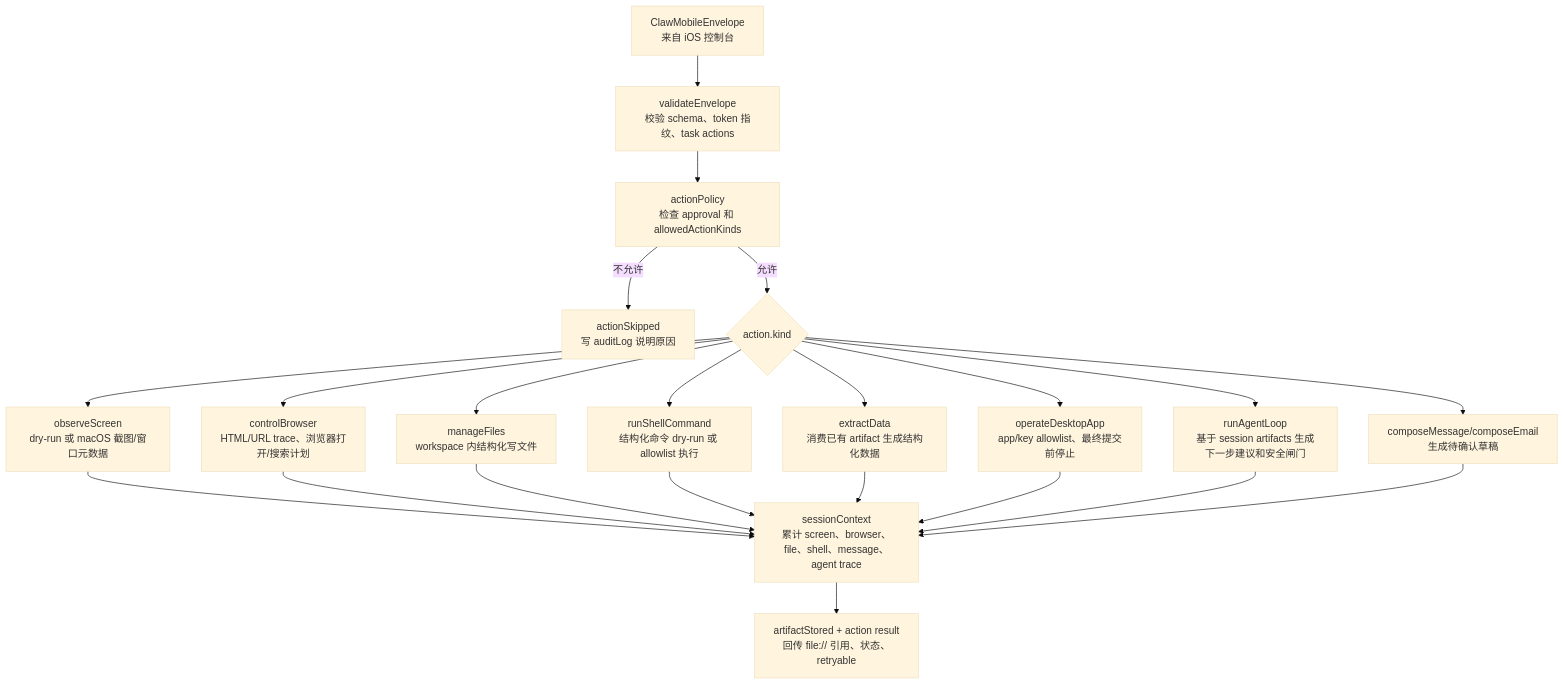
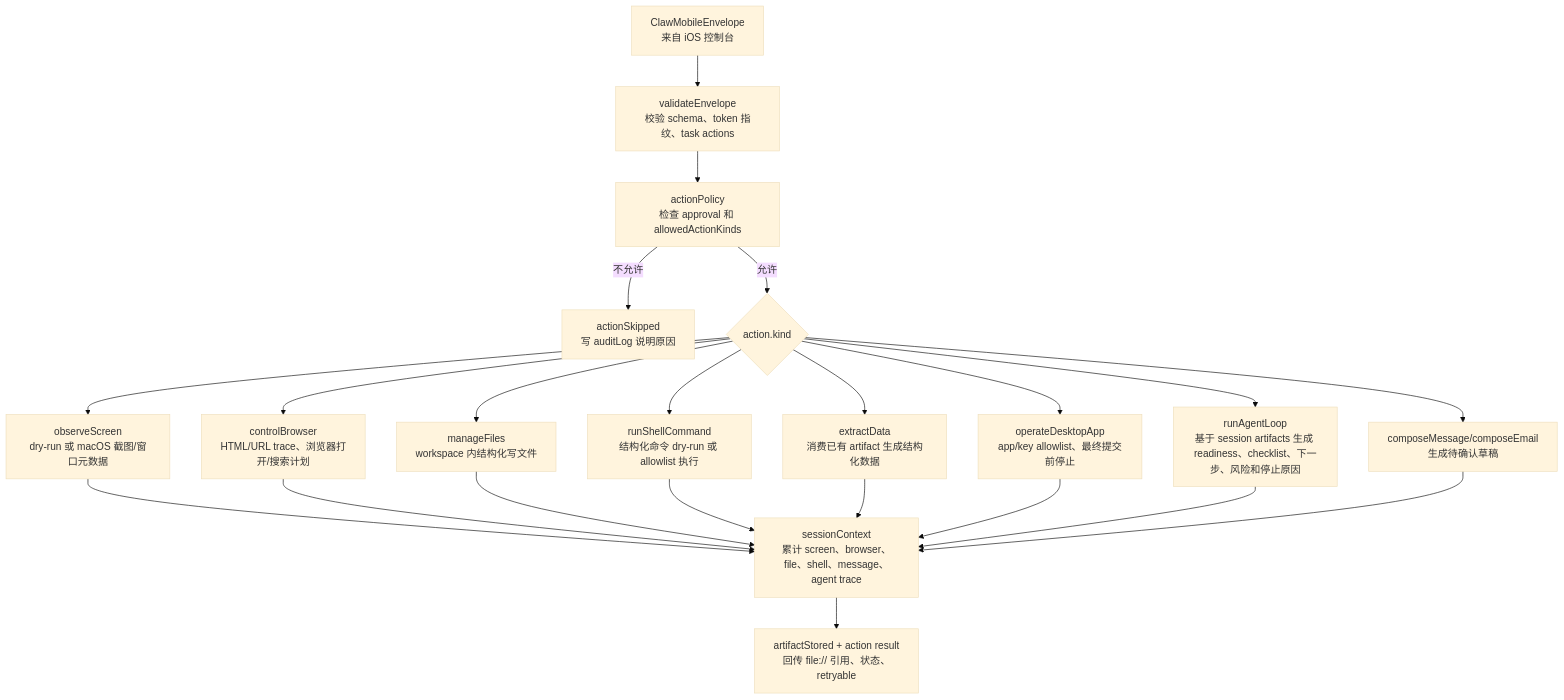
The second of 3 diagrams in md/flow/flowchart.md (Altman-sam114/115), drawn with Mermaid (base theme) before and after one commit. The commit also changed other lines of this file and 8 other files, not shown here.

````diff
--- a/md/flow/flowchart.md
+++ b/md/flow/flowchart.md
@@ -39,24 +39,24 @@
 ```mermaid
 flowchart TD
   ENV["ClawMobileEnvelope<br/>来自 iOS 控制台"] --> VAL["validateEnvelope<br/>校验 schema、token 指纹、task actions"]
   VAL --> POL["actionPolicy<br/>检查 approval 和 allowedActionKinds"]
   POL -->|不允许| SKIP["actionSkipped<br/>写 auditLog 说明原因"]
   POL -->|允许| KIND{"action.kind"}
   KIND --> OBS["observeScreen<br/>dry-run 或 macOS 截图/窗口元数据"]
   KIND --> BRO["controlBrowser<br/>HTML/URL trace、浏览器打开/搜索计划"]
   KIND --> FILE["manageFiles<br/>workspace 内结构化写文件"]
   KIND --> SH["runShellCommand<br/>结构化命令 dry-run 或 allowlist 执行"]
   KIND --> EXT["extractData<br/>消费已有 artifact 生成结构化数据"]
   KIND --> APP["operateDesktopApp<br/>app/key allowlist、最终提交前停止"]
-  KIND --> AG["runAgentLoop<br/>基于 session artifacts 生成下一步建议和安全闸门"]
+  KIND --> AG["runAgentLoop<br/>基于 session artifacts 生成 readiness、checklist、下一步、风险和停止原因"]
   KIND --> MSG["composeMessage/composeEmail<br/>生成待确认草稿"]
   OBS --> CTX["sessionContext<br/>累计 screen、browser、file、shell、message、agent trace"]
   BRO --> CTX
   FILE --> CTX
   SH --> CTX
   EXT --> CTX
   APP --> CTX
   AG --> CTX
   MSG --> CTX
   CTX --> OUT["artifactStored + action result<br/>回传 file:// 引用、状态、retryable"]
 ```
````
